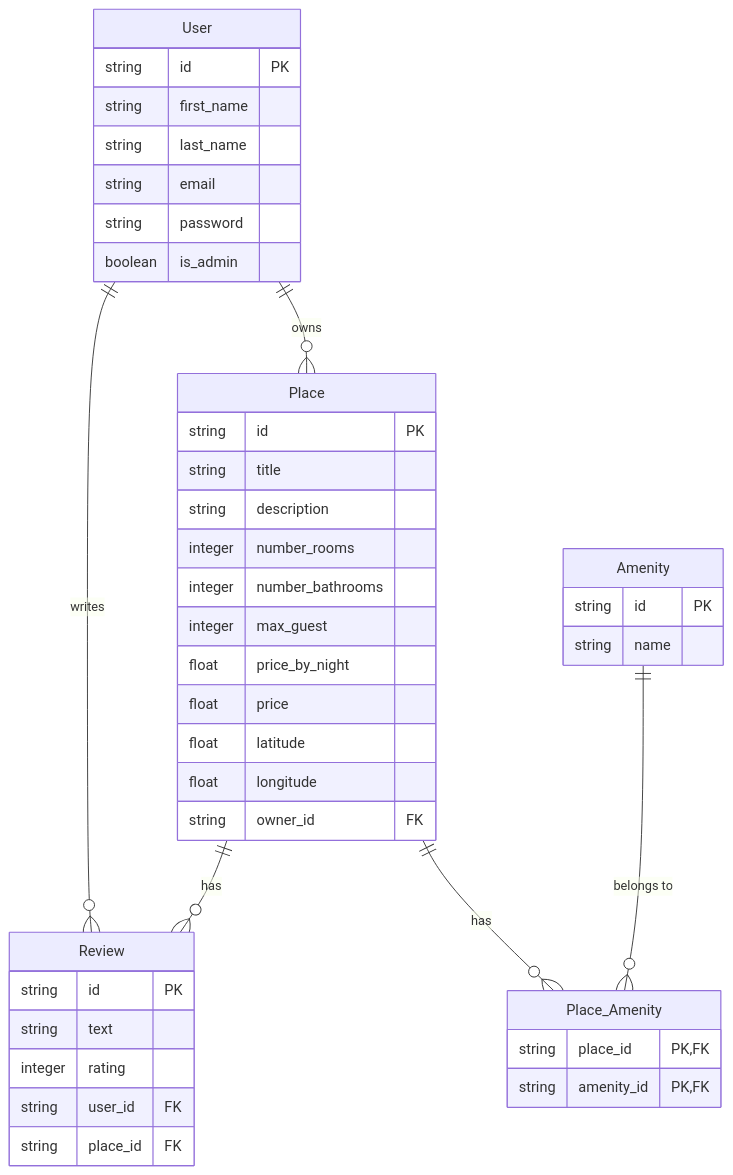
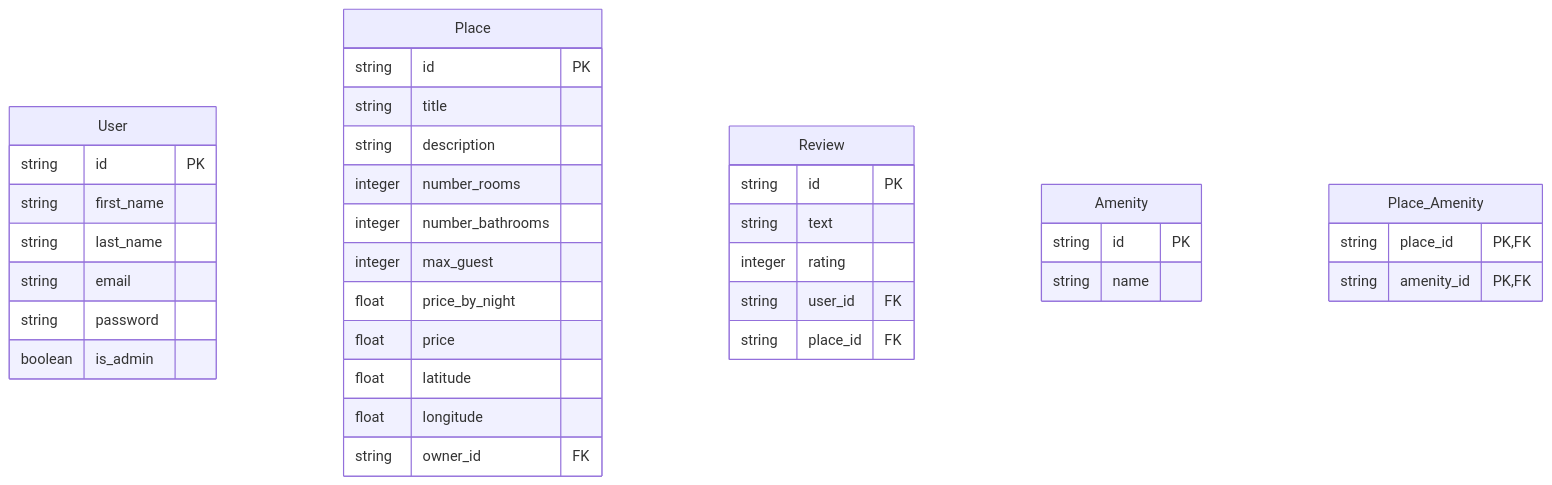
Before and after one commit to wilbert5757/testpart3: the second of 2 diagrams in part3/README.md, drawn with Mermaid.

````diff
--- a/part3/README.md
+++ b/part3/README.md
@@ -44,49 +44,43 @@
 ```mermaid
 erDiagram
     User {
         string id PK
         string first_name
         string last_name
         string email
         string password
         boolean is_admin
     }
 
     Place {
         string id PK
         string title
         string description
         integer number_rooms
         integer number_bathrooms
         integer max_guest
         float price_by_night
         float price
         float latitude
         float longitude
         string owner_id FK
     }
 
     Review {
         string id PK
         string text
         integer rating
         string user_id FK
         string place_id FK
     }
 
     Amenity {
         string id PK
         string name
     }
 
     Place_Amenity {
         string place_id PK,FK
         string amenity_id PK,FK
     }
-
-    User ||--o{ Place : "owns"
-    User ||--o{ Review : "writes"
-    Place ||--o{ Review : "has"
-    Place ||--o{ Place_Amenity : "has"
-    Amenity ||--o{ Place_Amenity : "belongs to"
 ``` 
````
